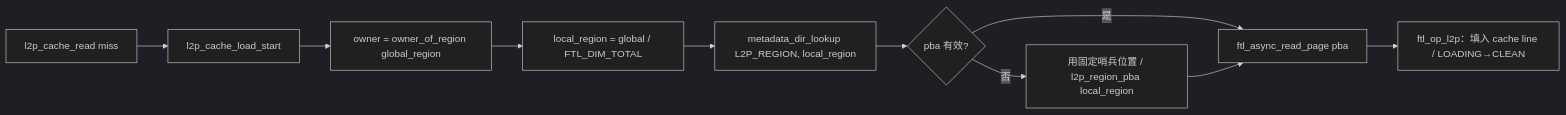
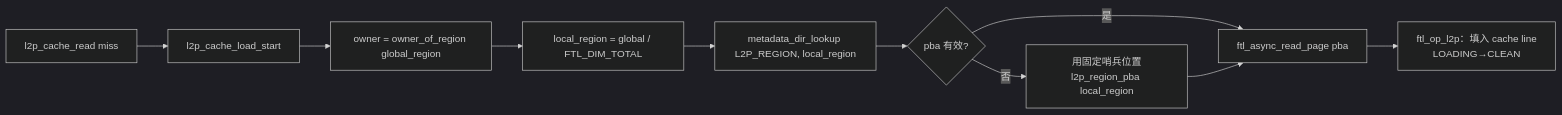
The sixth of 28 diagrams in docs/design/ftl_design.md (YzYMIAO/BASESSD), drawn with Mermaid (dark theme) before and after one commit. The commit also changed other lines of this file, not shown here.

First line of the commit message:
docs(ftl): 恢复 <br/>、清理 stateDiagram 标签

````diff
--- a/docs/design/ftl_design.md
+++ b/docs/design/ftl_design.md
@@ -1206,12 +1206,12 @@
 ```mermaid
 flowchart LR
     A["l2p_cache_read miss"] --> B["l2p_cache_load_start"]
     B --> C["owner = owner_of_region global_region"]
     C --> D["local_region = global / FTL_DIM_TOTAL"]
     D --> E["metadata_dir_lookup L2P_REGION, local_region"]
     E --> F{"pba 有效?"}
     F -- "是" --> G["ftl_async_read_page pba"]
-    F -- "否" --> H["用固定哨兵位置 / l2p_region_pba local_region"]
+    F -- "否" --> H["用固定哨兵位置<br/>l2p_region_pba local_region"]
     H --> G
-    G --> I["ftl_op_l2p：填入 cache line / LOADING→CLEAN"]
+    G --> I["ftl_op_l2p：填入 cache line<br/>LOADING→CLEAN"]
 ```
````
